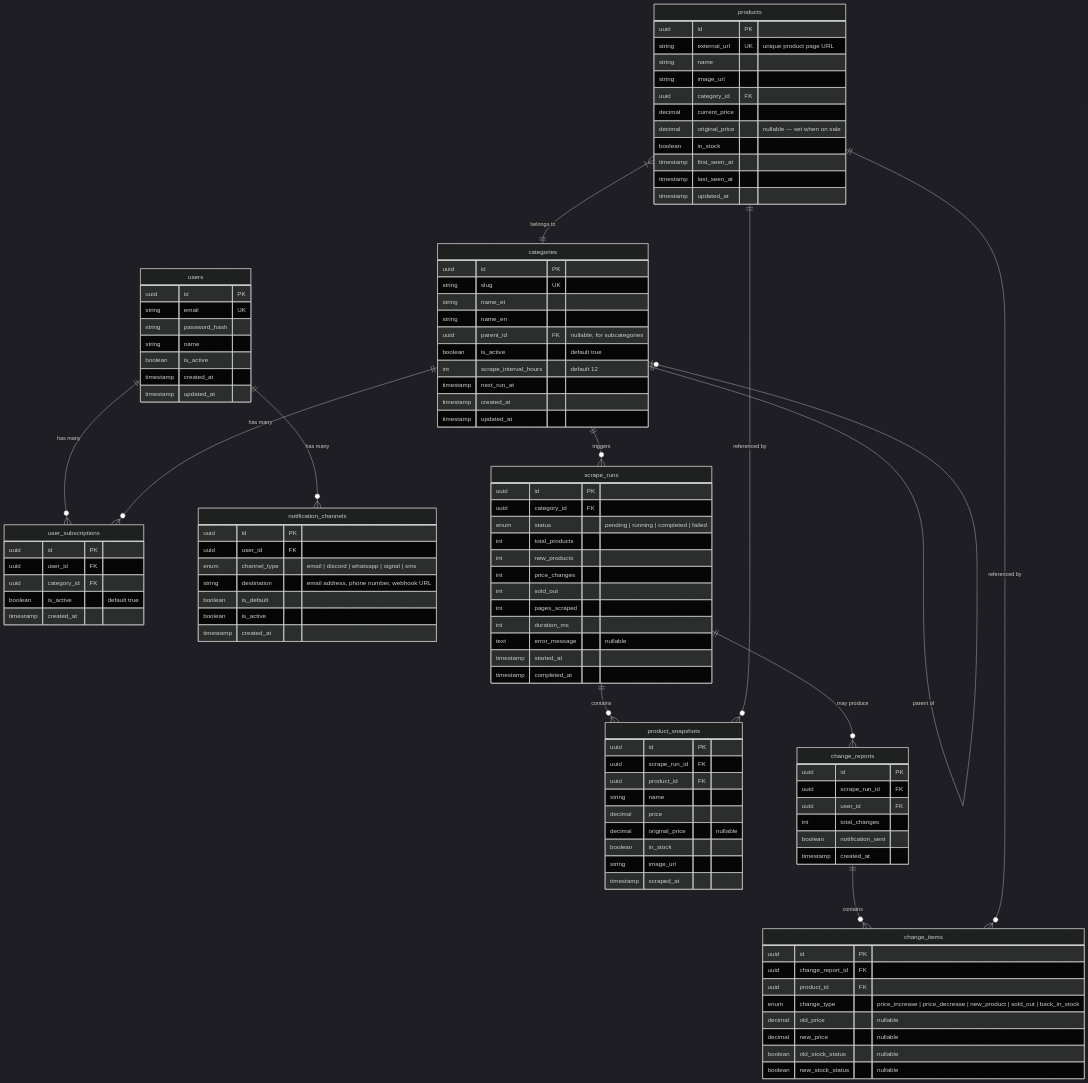
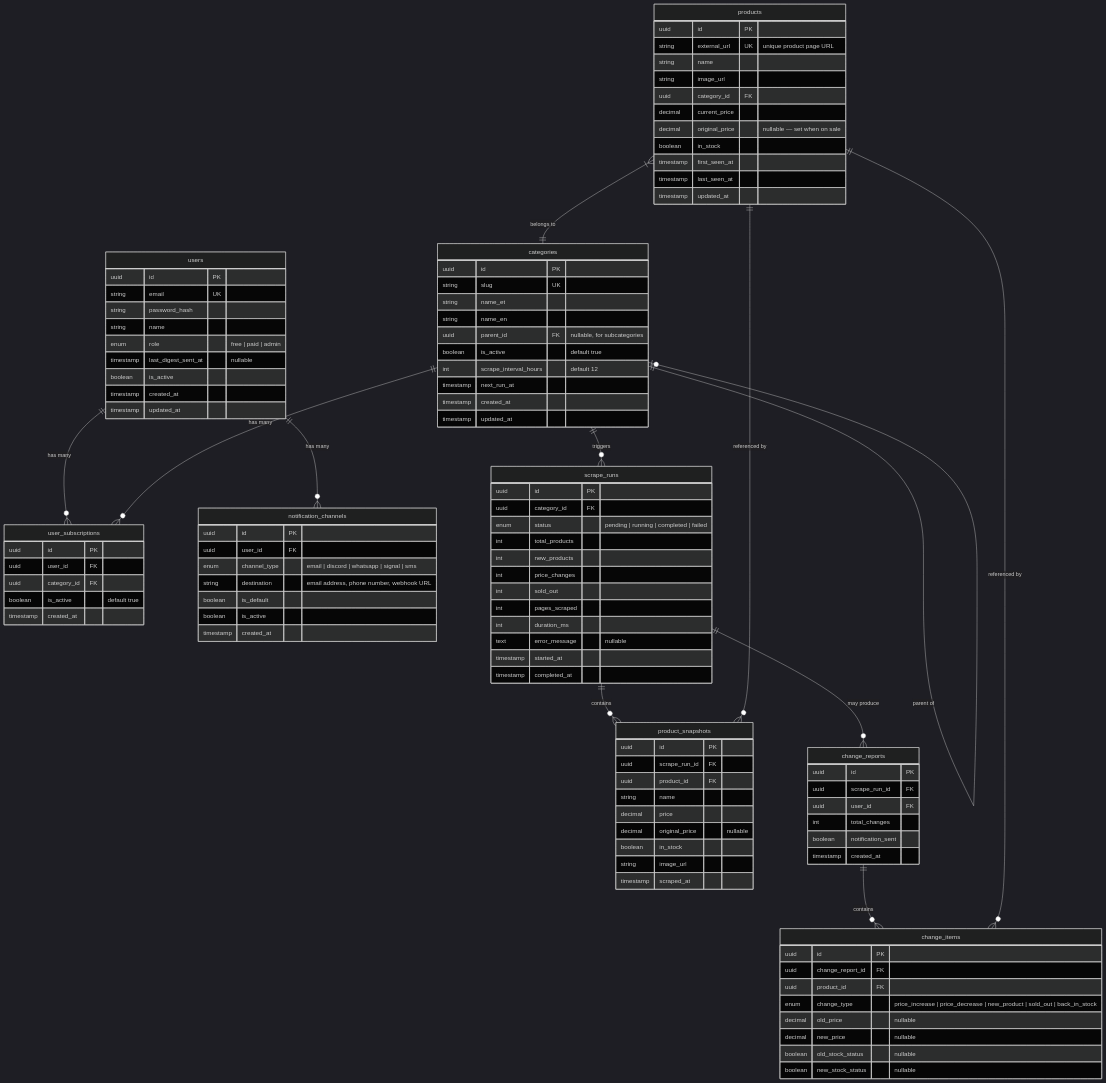
The second of 2 diagrams in REQUIREMENTS.md (fredkorts/scraper), drawn with Mermaid (dark theme) before and after one commit. The commit also changed other lines of this file, not shown here.

First line of the commit message:
docs: add user roles and digest email system

```diff
--- a/REQUIREMENTS.md
+++ b/REQUIREMENTS.md
@@ -181,6 +195,8 @@
         string email UK
         string password_hash
         string name
+        enum role "free | paid | admin"
+        timestamp last_digest_sent_at "nullable"
         boolean is_active
         timestamp created_at
         timestamp updated_at
```
